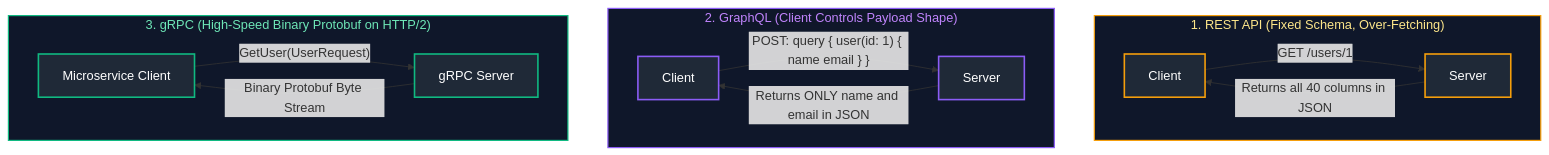
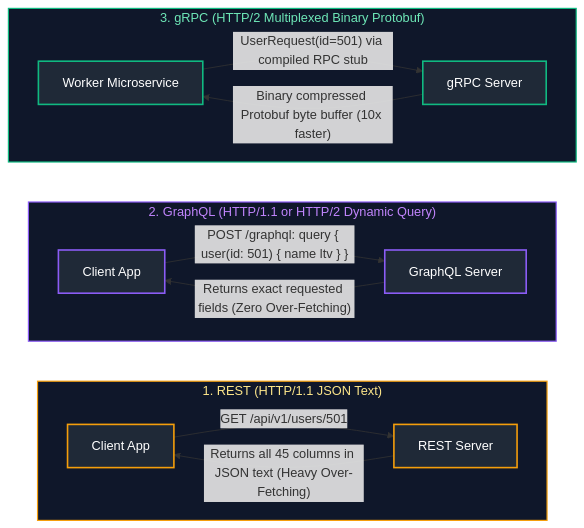
One commit to joydeep-biswas/Interview-Preparation changed diagram 13 of 19 in Data Engineering/05_distributed_systems_and_apis.md. Above: the diagram before and after it, drawn with Mermaid. The commit also changed other lines of this file and 143 other files, not shown here.

````diff
--- a/Data Engineering/05_distributed_systems_and_apis.md
+++ b/Data Engineering/05_distributed_systems_and_apis.md
@@ -821,28 +828,30 @@
 ```mermaid
-flowchart TD
-    subgraph REST_Fetch ["1. REST API (Fixed Schema, Over-Fetching)"]
-        Client1[Client] -->|"GET /users/1"| S1[Server]
-        S1 -->|Returns all 40 columns in JSON| Client1
+flowchart LR
+    subgraph REST_Archetype ["1. REST (HTTP/1.1 JSON Text)"]
+        direction LR
+        RClient[Client App] -->|"GET /api/v1/users/501"| RServer[REST Server]
+        RServer -->|"Returns all 45 columns in JSON text (Heavy Over-Fetching)"| RClient
     end
 
-    subgraph GraphQL_Fetch ["2. GraphQL (Client Controls Payload Shape)"]
-        Client2[Client] -->|"POST: query { user(id: 1) { name email } }"| S2[Server]
-        S2 -->|Returns ONLY name and email in JSON| Client2
+    subgraph GraphQL_Archetype ["2. GraphQL (HTTP/1.1 or HTTP/2 Dynamic Query)"]
+        direction LR
+        GClient[Client App] -->|"POST /graphql: query { user(id: 501) { name ltv } }"| GServer[GraphQL Server]
+        GServer -->|"Returns exact requested fields (Zero Over-Fetching)"| GClient
     end
 
-    subgraph gRPC_Fetch ["3. gRPC (High-Speed Binary Protobuf on HTTP/2)"]
-        Client3[Microservice Client] -->|"GetUser(UserRequest)"| S3[gRPC Server]
-        S3 -->|Binary Protobuf Byte Stream| Client3
+    subgraph gRPC_Archetype ["3. gRPC (HTTP/2 Multiplexed Binary Protobuf)"]
+        direction LR
+        PClient[Worker Microservice] -->|"UserRequest(id=501) via compiled RPC stub"| PServer[gRPC Server]
+        PServer -->|"Binary compressed Protobuf byte buffer (10x faster)"| PClient
     end
 
-    style REST_Fetch fill:#0f172a,stroke:#f59e0b,stroke-width:1.5px,color:#fde68a
-    style GraphQL_Fetch fill:#0f172a,stroke:#8b5cf6,stroke-width:1.5px,color:#c084fc
-    style gRPC_Fetch fill:#0f172a,stroke:#10b981,stroke-width:1.5px,color:#6ee7b7
-
-    style Client1 fill:#1f2937,stroke:#f59e0b,stroke-width:2px,color:#fff
-    style S1 fill:#1f2937,stroke:#f59e0b,stroke-width:2px,color:#fff
-    style Client2 fill:#1f2937,stroke:#8b5cf6,stroke-width:2px,color:#fff
-    style S2 fill:#1f2937,stroke:#8b5cf6,stroke-width:2px,color:#fff
-    style Client3 fill:#1f2937,stroke:#10b981,stroke-width:2px,color:#fff
-    style S3 fill:#1f2937,stroke:#10b981,stroke-width:2px,color:#fff
+    style REST_Archetype fill:#0f172a,stroke:#f59e0b,stroke-width:1.5px,color:#fde68a
+    style GraphQL_Archetype fill:#0f172a,stroke:#8b5cf6,stroke-width:1.5px,color:#c084fc
+    style gRPC_Archetype fill:#0f172a,stroke:#10b981,stroke-width:1.5px,color:#6ee7b7
+    style RClient fill:#1f2937,stroke:#f59e0b,stroke-width:2px,color:#fff
+    style RServer fill:#1f2937,stroke:#f59e0b,stroke-width:2px,color:#fff
+    style GClient fill:#1f2937,stroke:#8b5cf6,stroke-width:2px,color:#fff
+    style GServer fill:#1f2937,stroke:#8b5cf6,stroke-width:2px,color:#fff
+    style PClient fill:#1f2937,stroke:#10b981,stroke-width:2px,color:#fff
+    style PServer fill:#1f2937,stroke:#10b981,stroke-width:2px,color:#fff
 ```
````
